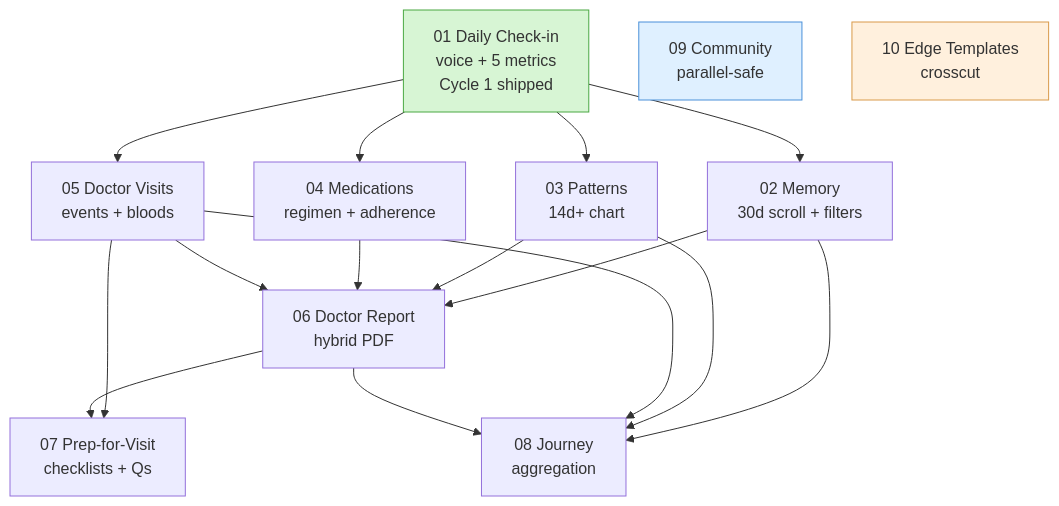
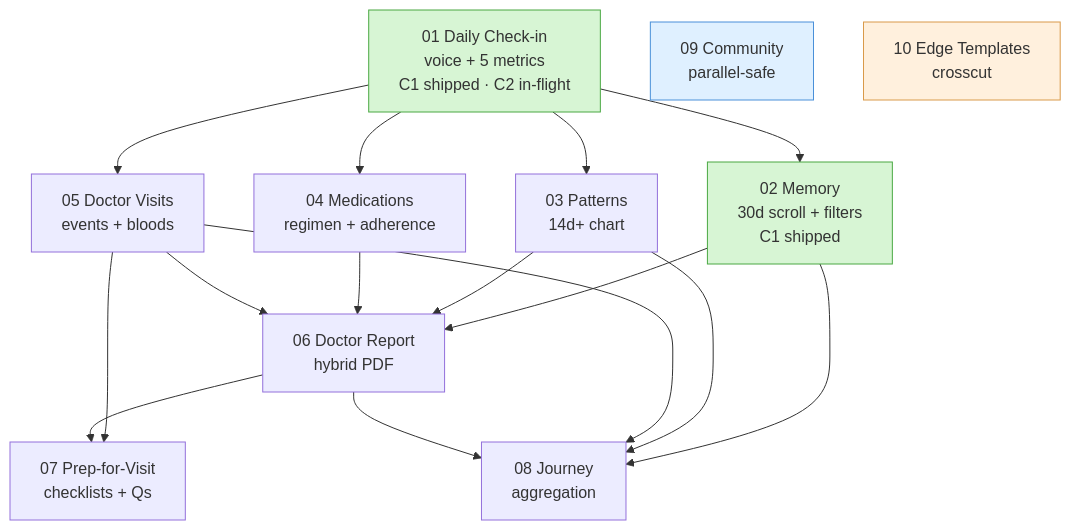
Before and after one commit to rewant24/autoimmune-health-companion: the first of 5 diagrams in docs/system-map.md, drawn with Mermaid. The commit also changed 65 other files, not shown here.

First line of the commit message:
feat(F01 C2): daily check-in — opener/closer, LLM extract, Stage 2, TTS, Day-1, re-entry, milestone (#2)

````diff
--- a/docs/system-map.md
+++ b/docs/system-map.md
@@ -16,32 +16,32 @@
 ```mermaid
 graph TD
-    F01[01 Daily Check-in<br/>voice + 5 metrics<br/>Cycle 1 shipped]:::shipped
-    F02[02 Memory<br/>30d scroll + filters]
+    F01[01 Daily Check-in<br/>voice + 5 metrics<br/>C1 shipped · C2 in-flight]:::shipped
+    F02[02 Memory<br/>30d scroll + filters<br/>C1 shipped]:::shipped
     F03[03 Patterns<br/>14d+ chart]
     F04[04 Medications<br/>regimen + adherence]
     F05[05 Doctor Visits<br/>events + bloods]
     F06[06 Doctor Report<br/>hybrid PDF]
     F07[07 Prep-for-Visit<br/>checklists + Qs]
     F08[08 Journey<br/>aggregation]
     F09[09 Community<br/>parallel-safe]:::parallel
     F10[10 Edge Templates<br/>crosscut]:::crosscut
 
     F01 --> F02
     F01 --> F03
     F01 --> F04
     F01 --> F05
     F02 --> F06
     F03 --> F06
     F04 --> F06
     F05 --> F06
     F05 --> F07
     F06 --> F07
     F02 --> F08
     F03 --> F08
     F05 --> F08
     F06 --> F08
 
     classDef parallel fill:#dff0ff,stroke:#4a90d9
     classDef crosscut fill:#fff0dd,stroke:#d99a4a
     classDef shipped fill:#d7f5d4,stroke:#4aa843
 ```
````
